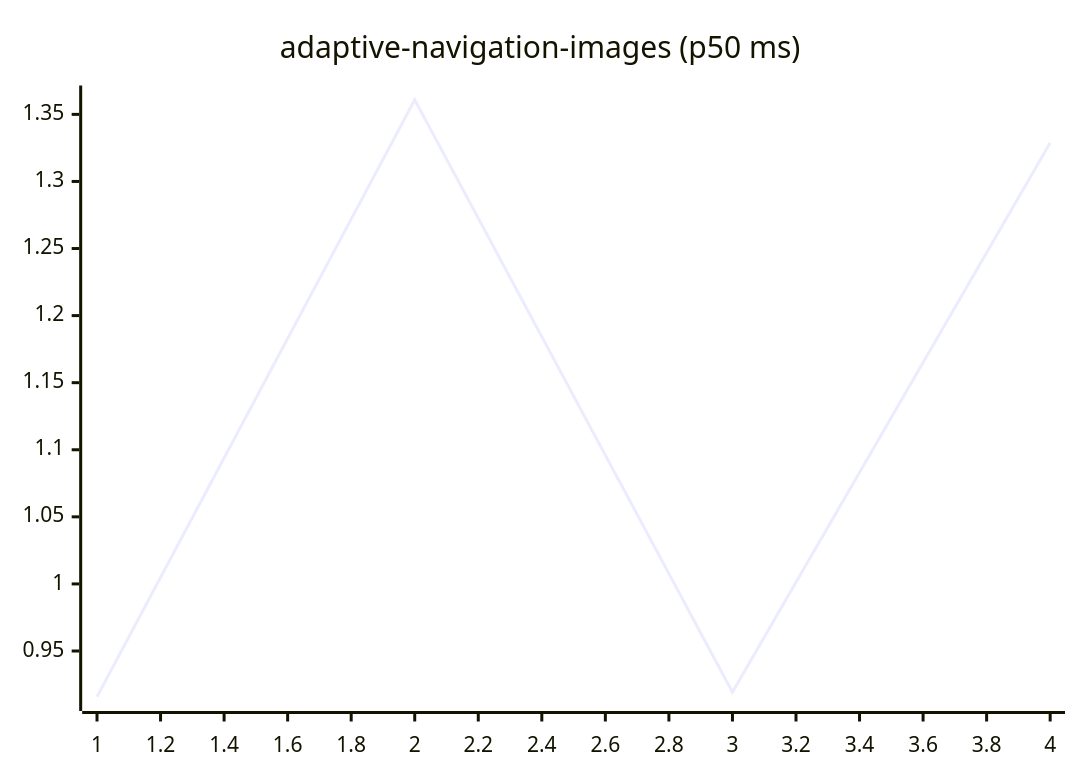
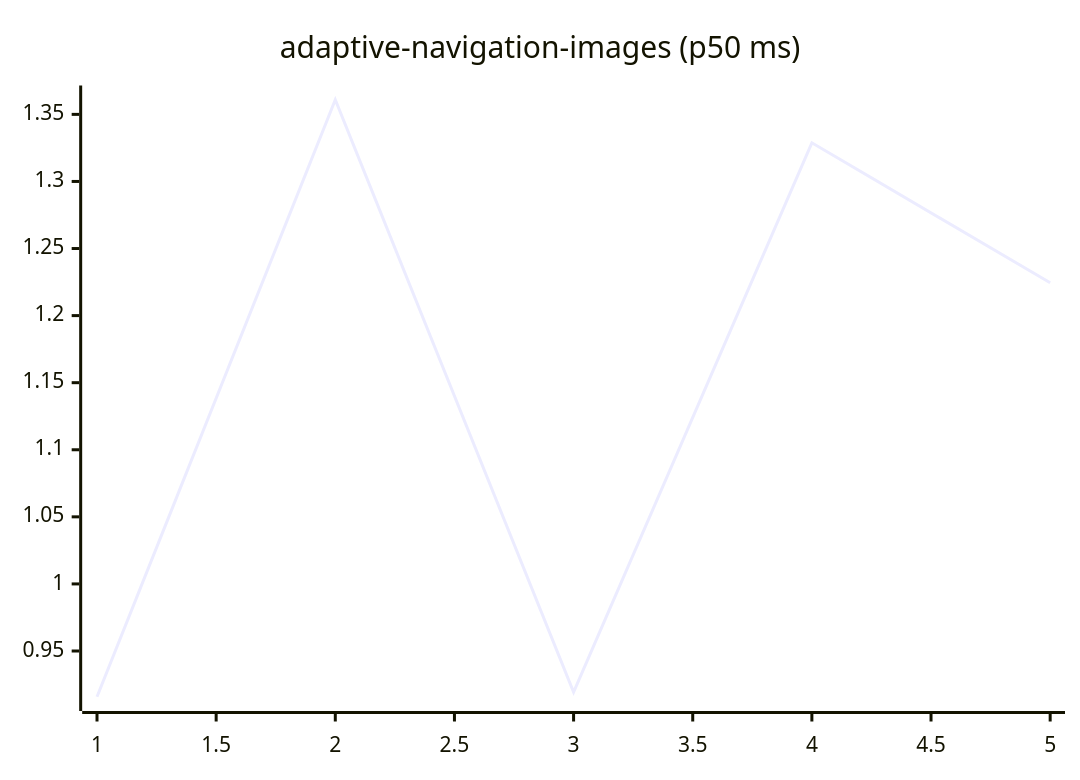
Before and after one commit to josha/Facet: the first of 27 diagrams in README.md, drawn with Mermaid. The commit also changed other lines of this file and 2 other files, not shown here.

````diff
--- a/README.md
+++ b/README.md
@@ -63,6 +63,6 @@
 ```mermaid
 xychart-beta
     title "adaptive-navigation-images (p50 ms)"
-    x-axis 1 --> 4
-    line [0.9159, 1.3609, 0.9193, 1.3288]
+    x-axis 1 --> 5
+    line [0.9159, 1.3609, 0.9193, 1.3288, 1.2245]
 ```
````
